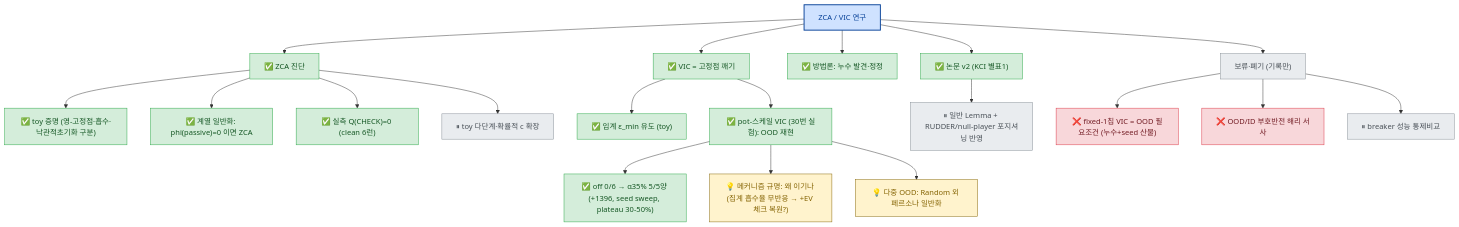
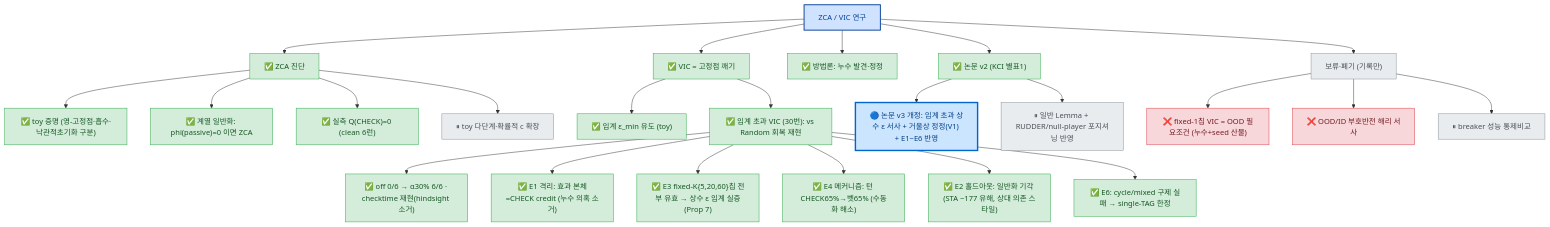
Before and after one commit to ruby9915/20260530_holdem: the diagram in zca_theory/후속연구.md, drawn with Mermaid. The commit also changed other lines of this file, not shown here.

Commit message:
연구 트리 갱신: E1~E6 결과 반영, 다음 활성=논문 v3 개정

````diff
--- a/zca_theory/후속연구.md
+++ b/zca_theory/후속연구.md
@@ -17,39 +17,43 @@
 ```mermaid
 flowchart TD
     R["ZCA / VIC 연구"]
     R --> DIAG["✅ ZCA 진단"]
     R --> VIC["✅ VIC = 고정점 깨기"]
     R --> METH["✅ 방법론: 누수 발견·정정"]
     R --> PAPER["✅ 논문 v2 (KCI 별표1)"]
     R --> PARK["보류·폐기 (기록만)"]
 
     DIAG --> PROOF["✅ toy 증명 (영-고정점·흡수·낙관적초기화 구분)"]
     DIAG --> FAM["✅ 계열 일반화: phi(passive)=0 이면 ZCA"]
     DIAG --> MEAS["✅ 실측 Q(CHECK)=0 (clean 6런)"]
     DIAG --> MULTI["⏸ toy 다단계·확률적 c 확장"]
 
     VIC --> THR["✅ 임계 ε_min 유도 (toy)"]
-    VIC --> POT["✅ pot-스케일 VIC (30번 실험): OOD 재현"]
-    POT --> POTR["✅ off 0/6 → α35% 5/5양 (+1396, seed sweep, plateau 30-50%)"]
-    POT --> N1["💡 메커니즘 규명: 왜 이기나 (집계 흡수율 무반응 → +EV 체크 복원?)"]
-    POT --> N2["💡 다중 OOD: Random 외 페르소나 일반화"]
+    VIC --> POT["✅ 임계 초과 VIC (30번): vs Random 회복 재현"]
+    POT --> POTR["✅ off 0/6 → α30% 6/6 · checktime 재현(hindsight 소거)"]
+    POT --> E1N["✅ E1 격리: 효과 본체=CHECK credit (누수 의혹 소거)"]
+    POT --> E3N["✅ E3 fixed-K{5,20,60}칩 전부 유효 → 상수 ε 임계 실증(Prop 7)"]
+    POT --> N1["✅ E4 메커니즘: 턴 CHECK65%→벳65% (수동화 해소)"]
+    POT --> N2["✅ E2 홀드아웃: 일반화 기각 (STA −177 유해, 상대 의존 스타일)"]
+    POT --> E6N["✅ E6: cycle/mixed 구제 실패 → single-TAG 한정"]
 
+    PAPER --> V3["🔵 논문 v3 개정: 임계 초과 상수 ε 서사 + 거울상 정정(V1) + E1~E6 반영"]
     PAPER --> POS["⏸ 일반 Lemma + RUDDER/null-player 포지셔닝 반영"]
 
     PARK --> X1["❌ fixed-1칩 VIC = OOD 필요조건 (누수+seed 산물)"]
     PARK --> X2["❌ OOD/ID 부호반전 해리 서사"]
     PARK --> X3["⏸ breaker 성능 통제비교"]
 
     classDef done fill:#d4edda,stroke:#28a745,color:#155724;
     classDef active fill:#cce5ff,stroke:#0066cc,color:#004085,stroke-width:3px;
     classDef idea fill:#fff3cd,stroke:#856404,color:#856404;
     classDef parked fill:#e9ecef,stroke:#868e96,color:#495057;
     classDef dead fill:#f8d7da,stroke:#dc3545,color:#721c24;
     classDef root fill:#cfe2ff,stroke:#084298,color:#084298,stroke-width:2px;
 
     class R root;
-    class DIAG,VIC,METH,PAPER,PROOF,FAM,MEAS,THR,POT,POTR done;
-    class N1,N2 idea;
+    class DIAG,VIC,METH,PAPER,PROOF,FAM,MEAS,THR,POT,POTR,E1N,E3N,N1,N2,E6N done;
+    class V3 active;
     class MULTI,POS,X3,PARK parked;
     class X1,X2 dead;
 ```
````
